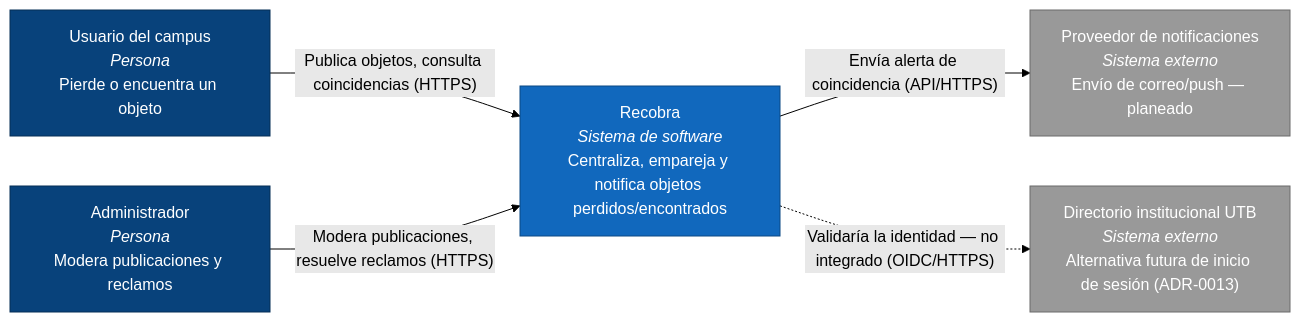
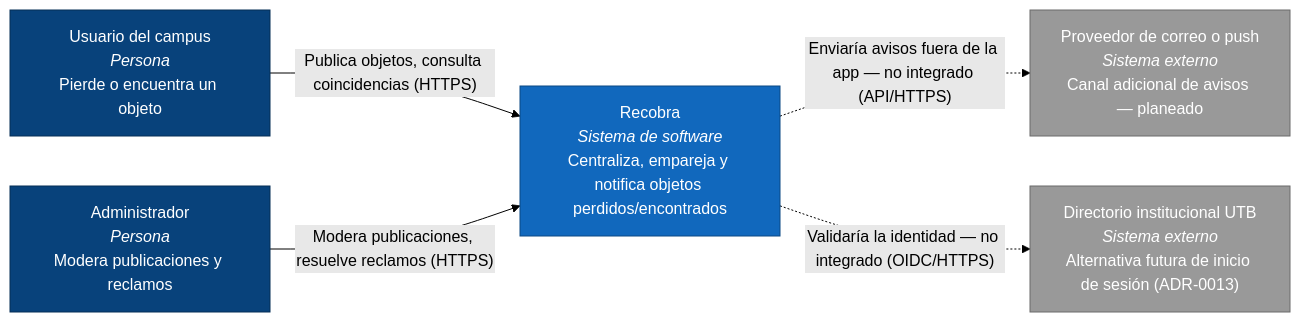
The diagram in docs/c4/C4-C1.md (ISCOUTB/AS_202620_Recobra), drawn with Mermaid (forest theme) before and after one commit. The commit also changed other lines of this file and 36 other files, not shown here.

First line of the commit message:
Notificaciones dentro de la app (S3): bandeja de avisos, ADR-0015, contrato 3.1.0 y campana en vitrina y Flutter

````diff
--- a/docs/c4/C4-C1.md
+++ b/docs/c4/C4-C1.md
@@ -7,21 +7,21 @@
 ```mermaid
 flowchart LR
     usuario["Usuario del campus<br/><i>Persona</i><br/>Pierde o encuentra un objeto"]
     admin["Administrador<br/><i>Persona</i><br/>Modera publicaciones y reclamos"]
     recobra["Recobra<br/><i>Sistema de software</i><br/>Centraliza, empareja y notifica objetos perdidos/encontrados"]
-    notif["Proveedor de notificaciones<br/><i>Sistema externo</i><br/>Envío de correo/push — planeado"]
+    notif["Proveedor de correo o push<br/><i>Sistema externo</i><br/>Canal adicional de avisos — planeado"]
     auth["Directorio institucional UTB<br/><i>Sistema externo</i><br/>Alternativa futura de inicio de sesión (ADR-0013)"]
 
     usuario -->|"Publica objetos, consulta coincidencias (HTTPS)"| recobra
     admin -->|"Modera publicaciones, resuelve reclamos (HTTPS)"| recobra
-    recobra -->|"Envía alerta de coincidencia (API/HTTPS)"| notif
+    recobra -.->|"Enviaría avisos fuera de la app — no integrado (API/HTTPS)"| notif
     recobra -.->|"Validaría la identidad — no integrado (OIDC/HTTPS)"| auth
 
     classDef persona fill:#08427b,color:#fff,stroke:#052e56;
     classDef sistema fill:#1168bd,color:#fff,stroke:#0b4884;
     classDef externo fill:#999999,color:#fff,stroke:#6b6b6b;
 
     class usuario,admin persona;
     class recobra sistema;
     class notif,auth externo;
 ```
````
